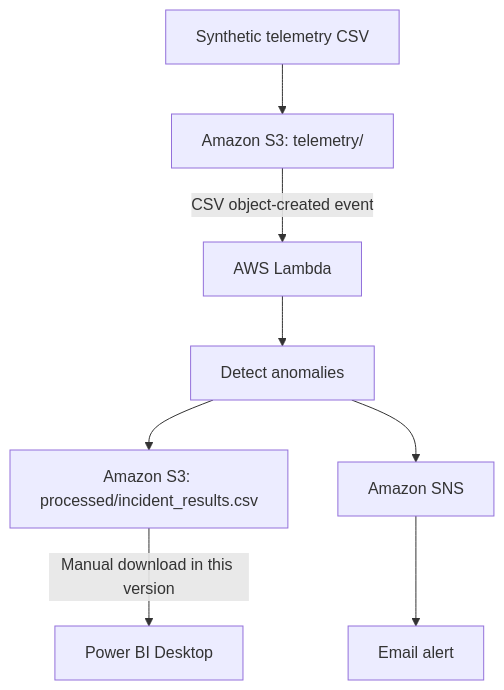
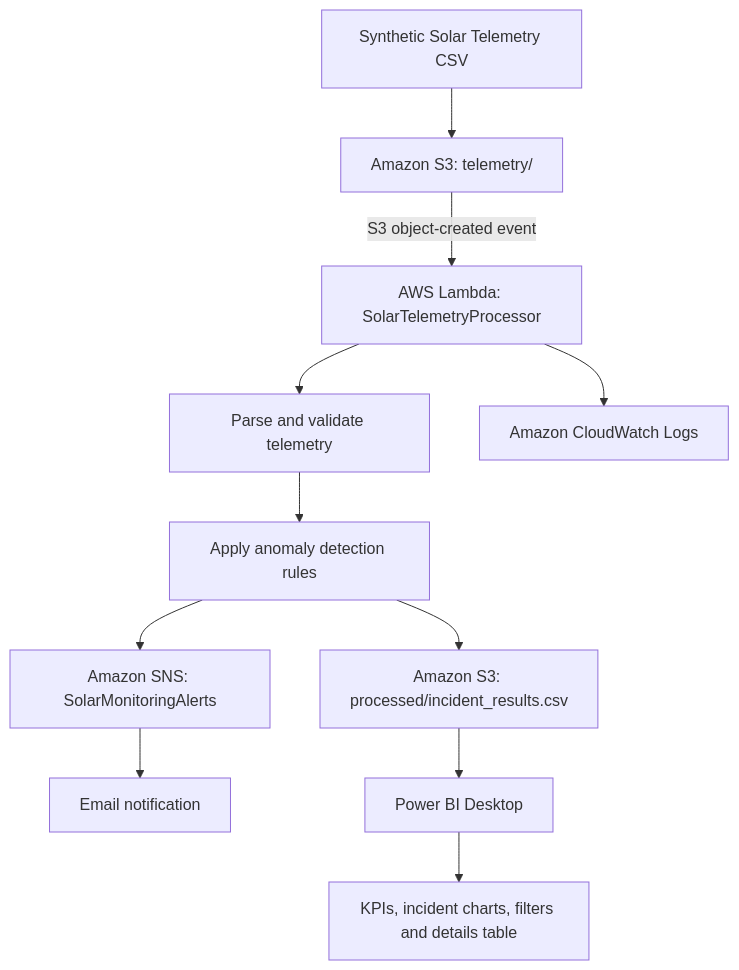
The diagram in README.md (rushikeshgokhe/solar-asset-monitoring-system), drawn with Mermaid before and after one commit. The commit also changed other lines of this file, not shown here.

````diff
--- a/README.md
+++ b/README.md
@@ -9,10 +29,13 @@
 ```mermaid
 flowchart TD
-    A[Synthetic telemetry CSV] --> B[Amazon S3: telemetry/]
-    B -->|CSV object-created event| C[AWS Lambda]
-    C --> D[Detect anomalies]
-    D --> E[Amazon S3: processed/incident_results.csv]
-    D --> F[Amazon SNS]
-    F --> G[Email alert]
-    E -->|Manual download in this version| H[Power BI Desktop]
+    A[Synthetic Solar Telemetry CSV] --> B[Amazon S3: telemetry/]
+    B -->|S3 object-created event| C[AWS Lambda: SolarTelemetryProcessor]
+    C --> D[Parse and validate telemetry]
+    D --> E[Apply anomaly detection rules]
+    E --> F[Amazon S3: processed/incident_results.csv]
+    E --> G[Amazon SNS: SolarMonitoringAlerts]
+    G --> H[Email notification]
+    F --> I[Power BI Desktop]
+    I --> J[KPIs, incident charts, filters and details table]
+    C --> K[Amazon CloudWatch Logs]
 ```
````
